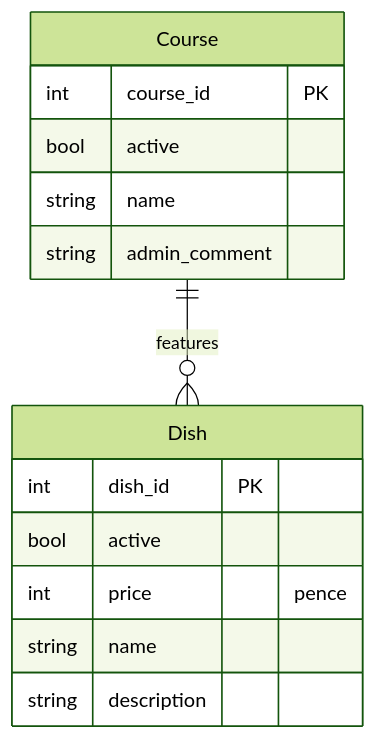
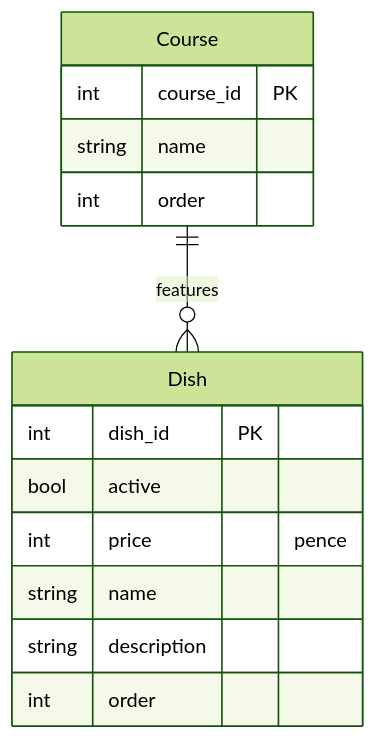
The second of 2 diagrams in README.md (ctr-code/heart-of-ruritania), drawn with Mermaid (forest theme) before and after one commit. The commit also changed other lines of this file, not shown here.

Commit message:
Updated README ERD and AI sections

````diff
--- a/README.md
+++ b/README.md
@@ -88,17 +88,17 @@
 ``` mermaid
 erDiagram
     Course ||--o{ Dish : features
     Course {
         int course_id PK
-        bool active
         string name
-        string admin_comment
+        int order
     }
     Dish {
         int dish_id PK
         bool active
         int price "pence"
         string name
         string description
+        int order
     }
 ```
````
